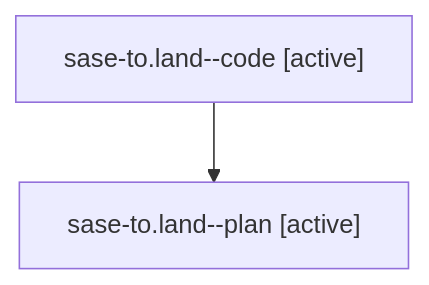
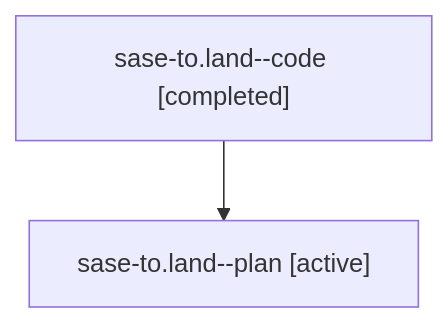
Before and after one commit to sase-org/sase--agents: the diagram in families/bbugyi200.athena.sase-to.land.md, drawn with Mermaid. The commit also changed other lines of this file and 35830 other files, not shown here.

````diff
--- a/families/bbugyi200.athena.sase-to.land.md
+++ b/families/bbugyi200.athena.sase-to.land.md
@@ -9,6 +9,6 @@
 ```mermaid
 flowchart TD
-  n0["sase-to.land--code [active]"]
+  n0["sase-to.land--code [completed]"]
   n1["sase-to.land--plan [active]"]
   n0 --> n1
 ```
````
